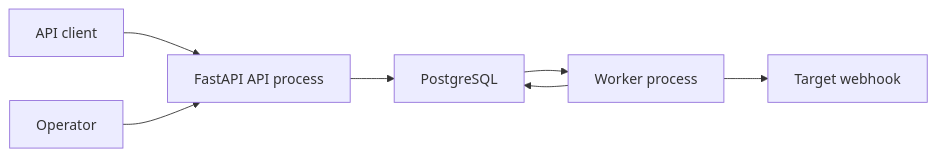
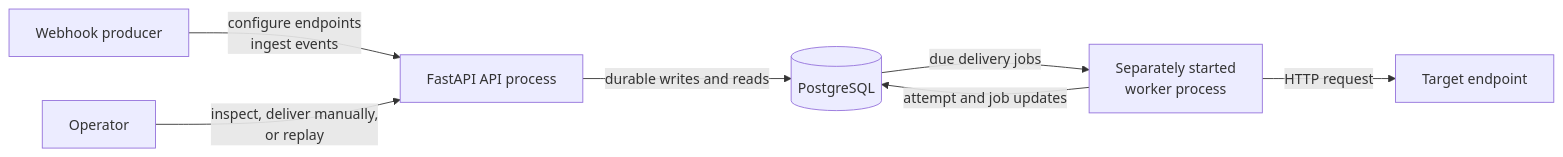
Before and after one commit to lukaszj321/reliable-webhook-service: the first of 11 diagrams in docs/architecture.md, drawn with Mermaid. The commit also changed other lines of this file, not shown here.

Commit message:
docs: expand architecture diagrams

````diff
--- a/docs/architecture.md
+++ b/docs/architecture.md
@@ -28,9 +34,9 @@
 ```mermaid
 flowchart LR
-    Client["API client"] --> API["FastAPI API process"]
-    Operator["Operator"] --> API
-    API --> PostgreSQL["PostgreSQL"]
-    PostgreSQL --> Worker["Worker process"]
-    Worker --> PostgreSQL
-    Worker --> Target["Target webhook"]
+    Client["Webhook producer"] -->|"configure endpoints<br/>ingest events"| API["FastAPI API process"]
+    Operator["Operator"] -->|"inspect, deliver manually,<br/>or replay"| API
+    API -->|"durable writes and reads"| DB[("PostgreSQL")]
+    DB -->|"due delivery jobs"| Worker["Separately started<br/>worker process"]
+    Worker -->|"HTTP request"| Target["Target endpoint"]
+    Worker -->|"attempt and job updates"| DB
 ```
````
